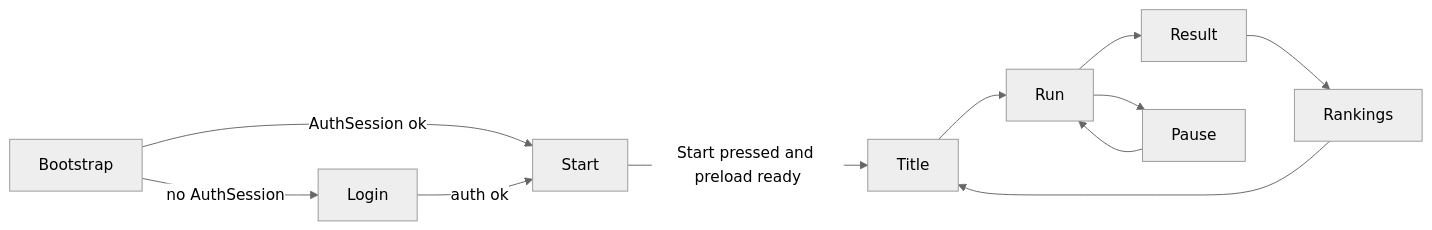
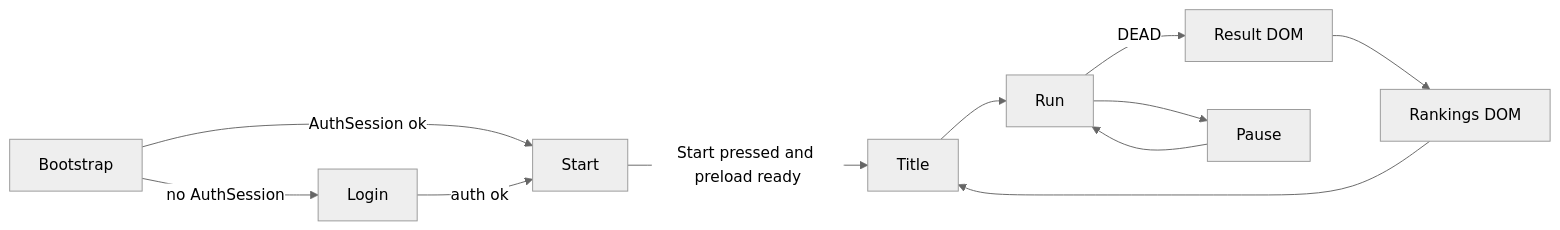
The diagram in .docs3/plans/nomenclature.spec.MD (zee-dash-one/Ikarus-eternal-horizon), drawn with Mermaid (neutral theme) before and after one commit. The commit also changed other lines of this file and 20 other files, not shown here.

````diff
--- a/.docs3/plans/nomenclature.spec.MD
+++ b/.docs3/plans/nomenclature.spec.MD
@@ -81,13 +81,13 @@
 ```mermaid
 flowchart LR
   Boot[Bootstrap] -->|no AuthSession| Login[Login]
   Boot -->|AuthSession ok| Start[Start]
   Login -->|auth ok| Start
   Start -->|Start pressed and preload ready| Title[Title]
   Title --> Run[Run]
-  Run --> Result[Result]
-  Result --> Rankings[Rankings]
+  Run -->|DEAD| Result[Result DOM]
+  Result --> Rankings[Rankings DOM]
   Rankings --> Title
   Run --> Pause[Pause]
   Pause --> Run
 ```
````
